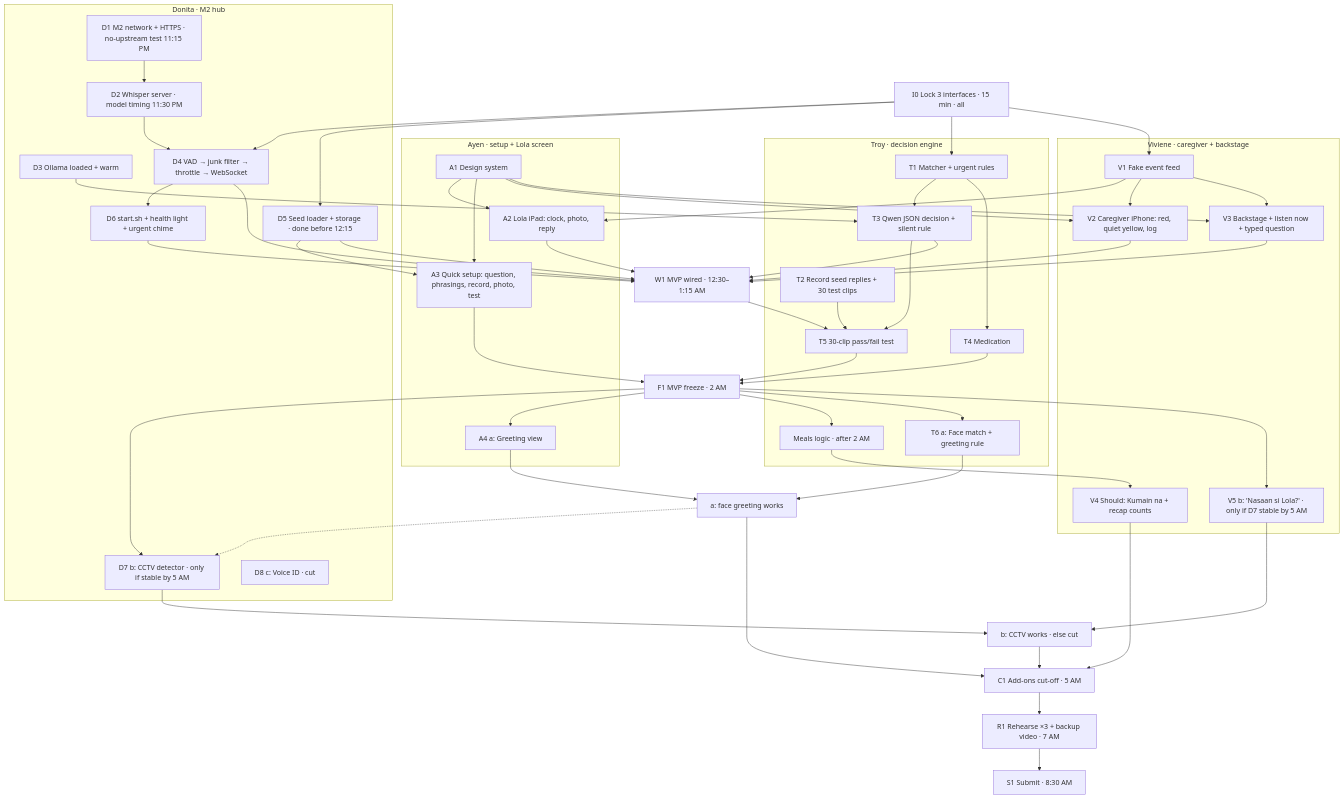
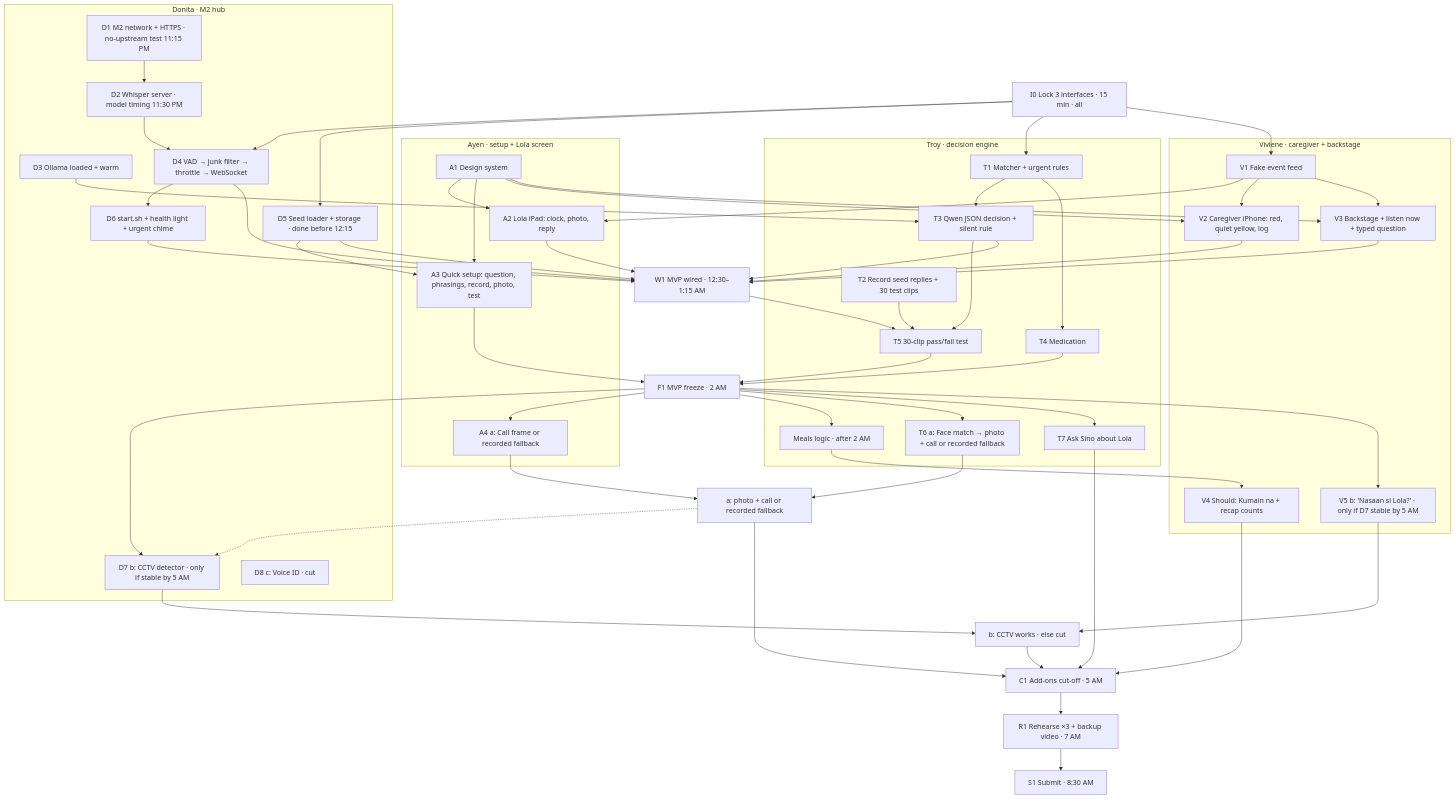
One commit to Troy-LL/appsolutely changed the diagram in docs/sino/mvp-plan.md. Above: the diagram before and after it, drawn with Mermaid. The commit also changed other lines of this file and 7 other files, not shown here.

````diff
--- a/docs/sino/mvp-plan.md
+++ b/docs/sino/mvp-plan.md
@@ -118,59 +122,61 @@
 ```mermaid
 flowchart TD
   I0[I0 Lock 3 interfaces · 15 min · all]
 
   subgraph Troy["Troy · decision engine"]
     T1[T1 Matcher + urgent rules]
     T2[T2 Record seed replies + 30 test clips]
     T3[T3 Qwen JSON decision + silent rule]
     T4[T4 Medication]
     T4m[Meals logic · after 2 AM]
     T5[T5 30-clip pass/fail test]
-    T6[T6 a: Face match + greeting rule]
+    T7[T7 Ask Sino about Lola]
+    T6[T6 a: Face match → photo + call or recorded fallback]
   end
   subgraph Donita["Donita · M2 hub"]
     D1[D1 M2 network + HTTPS · no-upstream test 11:15 PM]
     D2[D2 Whisper server · model timing 11:30 PM]
     D3[D3 Ollama loaded + warm]
     D4[D4 VAD → junk filter → throttle → WebSocket]
     D5[D5 Seed loader + storage · done before 12:15]
     D6[D6 start.sh + health light + urgent chime]
     D7[D7 b: CCTV detector · only if stable by 5 AM]
     D8[D8 c: Voice ID · cut]
   end
   subgraph Ayen["Ayen · setup + Lola screen"]
     A1[A1 Design system]
     A2[A2 Lola iPad: clock, photo, reply]
     A3[A3 Quick setup: question, phrasings, record, photo, test]
-    A4[A4 a: Greeting view]
+    A4[A4 a: Call frame or recorded fallback]
   end
   subgraph Viv["Viviene · caregiver + backstage"]
     V1[V1 Fake event feed]
     V2[V2 Caregiver iPhone: red, quiet yellow, log]
     V3[V3 Backstage + listen now + typed question]
     V4[V4 Should: Kumain na + recap counts]
     V5[V5 b: 'Nasaan si Lola?' · only if D7 stable by 5 AM]
   end
 
   I0 --> T1 & D4 & D5 & V1
   T1 --> T3 --> T5
   T1 --> T4
   T2 --> T5
   D3 --> T3
   D1 --> D2 --> D4 --> D6
   A1 --> A2 & A3 & V2 & V3
   V1 --> A2 & V2 & V3
   D5 --> A3
   D4 & D5 & D6 & T3 & A2 & V2 & V3 --> W[W1 MVP wired · 12:30–1:15 AM]
   W --> T5 --> F[F1 MVP freeze · 2 AM]
   T4 & A3 --> F
   F --> T4m --> V4
   F --> T6 & A4
-  T6 & A4 --> XA[a: face greeting works]
+  T6 & A4 --> XA[a: photo + call or recorded fallback]
   XA -.-> D7
   F --> D7 & V5
   D7 & V5 --> XB[b: CCTV works · else cut]
   XA & XB & V4 --> C[C1 Add-ons cut-off · 5 AM]
+  F --> T7 --> C
   C --> R[R1 Rehearse ×3 + backup video · 7 AM]
   R --> S[S1 Submit · 8:30 AM]
 ```
````
